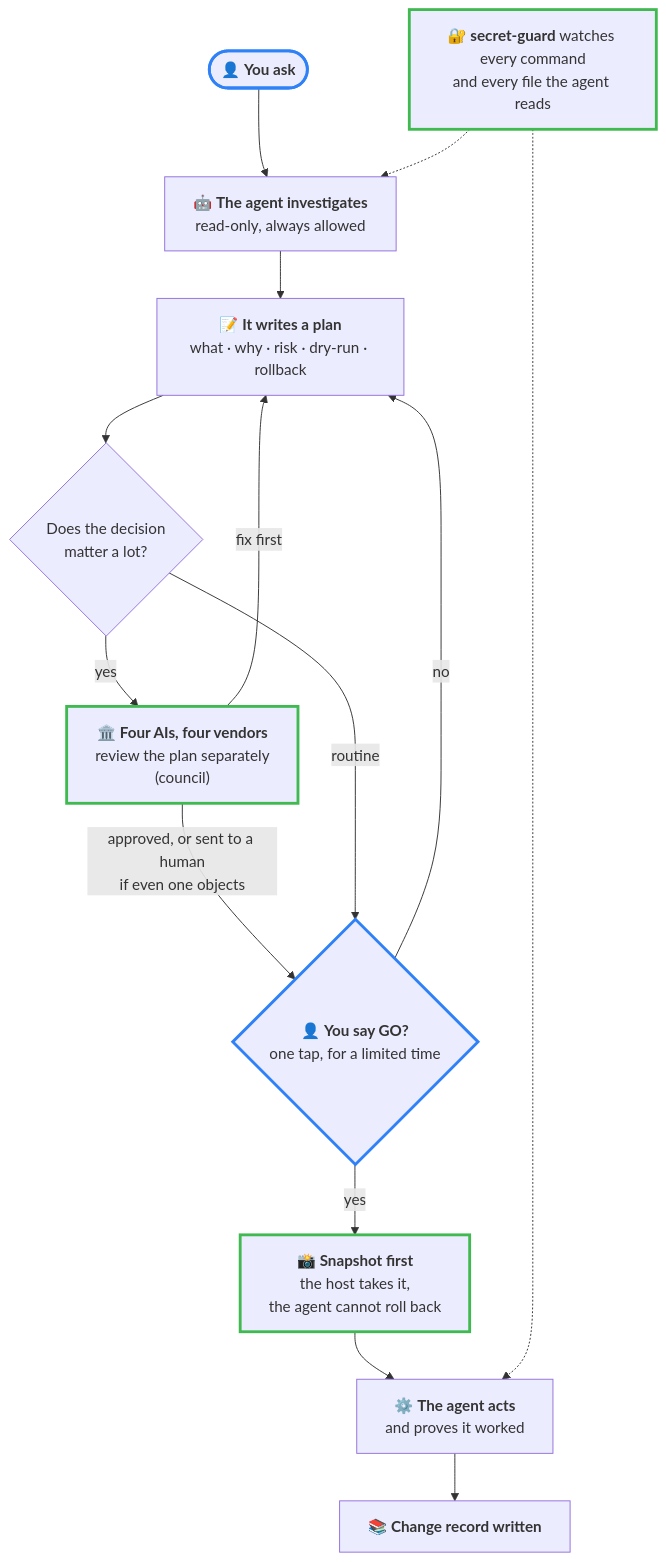
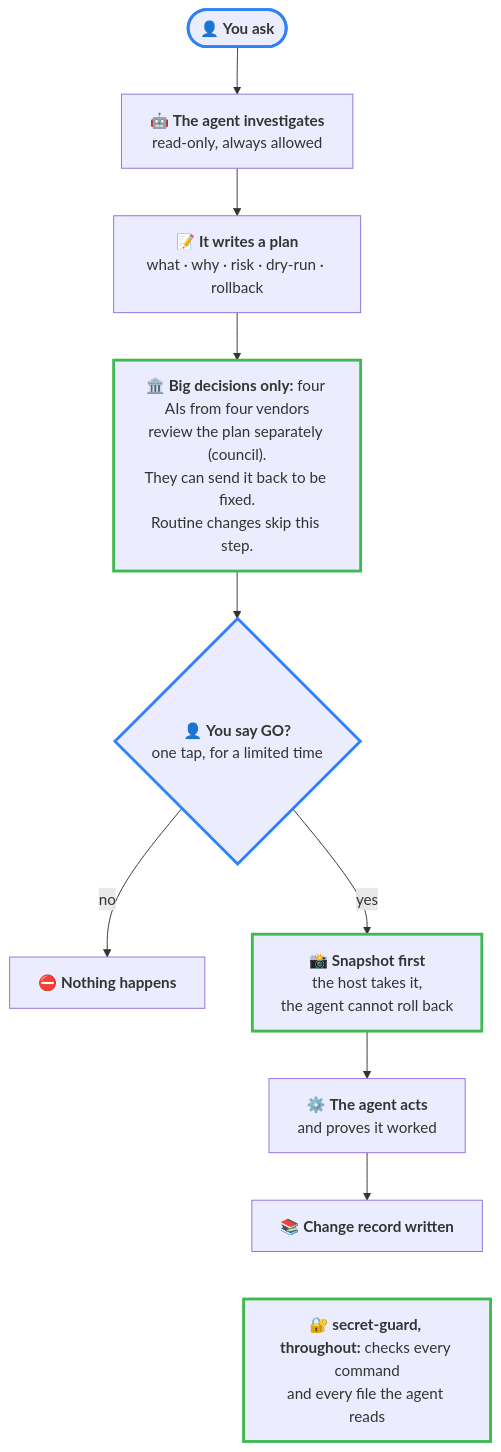
Before and after one commit to renocz/agent-ops-guardrails: the first of 2 diagrams in README.md, drawn with Mermaid. The commit also changed other lines of this file, not shown here.

First line of the commit message:
README: linear method diagram and a sequence diagram for the keeper

````diff
--- a/README.md
+++ b/README.md
@@ -15,18 +15,14 @@
 ```mermaid
 flowchart TB
     H(["👤 <b>You ask</b>"]):::human --> A["🤖 <b>The agent investigates</b><br/>read-only, always allowed"]
     A --> P["📝 <b>It writes a plan</b><br/>what · why · risk · dry-run · rollback"]
-    P --> Q{"Does the decision<br/>matter a lot?"}
-    Q -->|"yes"| C["🏛️ <b>Four AIs, four vendors</b><br/>review the plan separately<br/>(council)"]:::guard
-    C -->|"fix first"| P
-    C -->|"approved, or sent to a human<br/>if even one objects"| G
-    Q -->|"routine"| G{"👤 <b>You say GO?</b><br/>one tap, for a limited time"}:::human
-    G -->|"no"| P
+    P --> C["🏛️ <b>Big decisions only:</b> four AIs from four vendors<br/>review the plan separately (council).<br/>They can send it back to be fixed.<br/>Routine changes skip this step."]:::guard
+    C --> G{"👤 <b>You say GO?</b><br/>one tap, for a limited time"}:::human
+    G -->|"no"| X["⛔ <b>Nothing happens</b>"]
     G -->|"yes"| S["📸 <b>Snapshot first</b><br/>the host takes it,<br/>the agent cannot roll back"]:::guard
     S --> E["⚙️ <b>The agent acts</b><br/>and proves it worked"]
     E --> D["📚 <b>Change record written</b>"]
-    SG["🔐 <b>secret-guard</b> watches every command<br/>and every file the agent reads"]:::guard -.-> A
-    SG -.-> E
+    D ~~~ SG["🔐 <b>secret-guard, throughout:</b> checks every command<br/>and every file the agent reads"]:::guard
     classDef human stroke:#2f81f7,stroke-width:3px
     classDef guard stroke:#3fb950,stroke-width:3px
 ```
````
